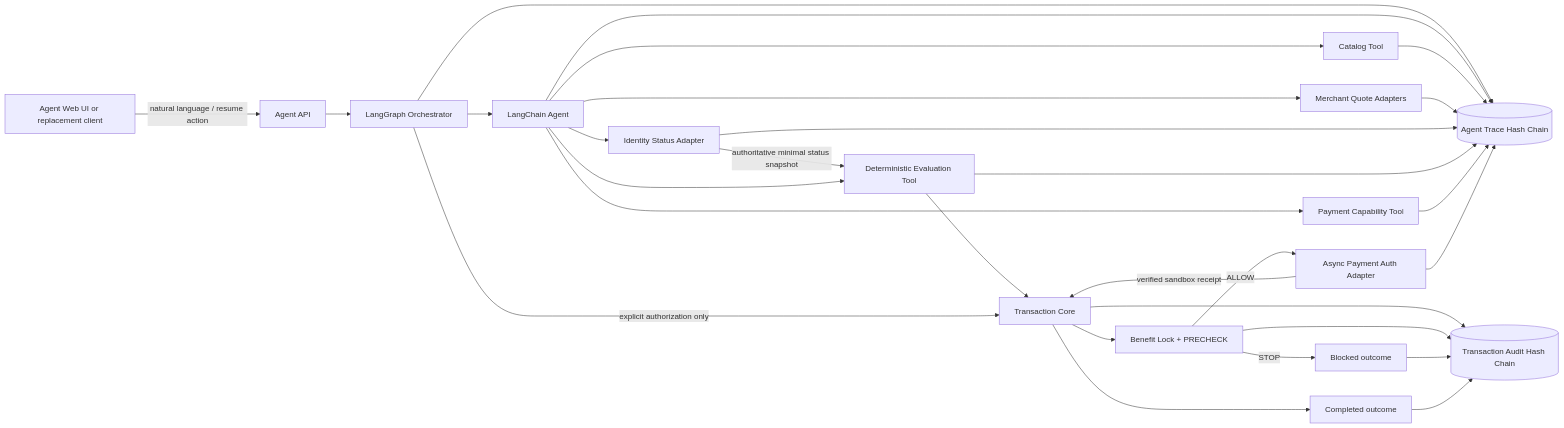
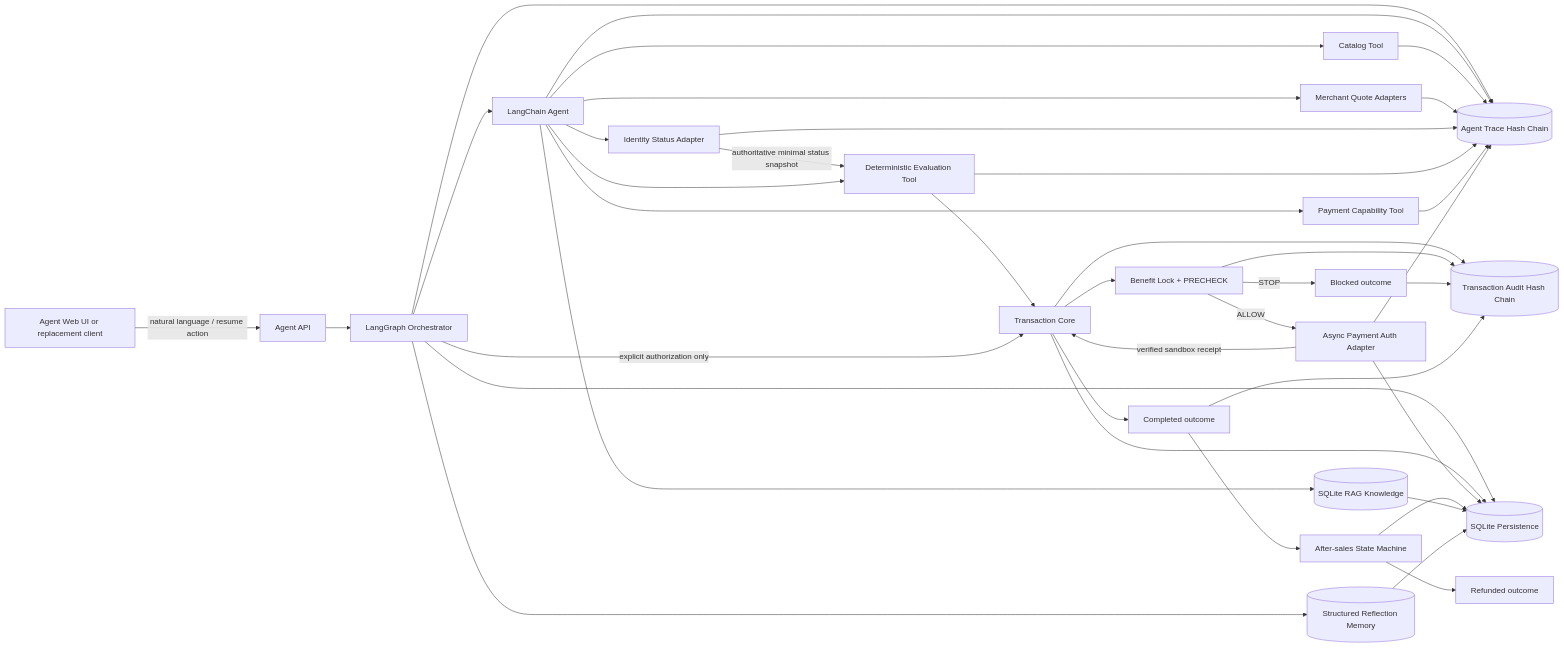
Before and after one commit to Sherlyn-Xia/CampusCart: the diagram in ARCHITECTURE.md, drawn with Mermaid. The commit also changed other lines of this file and 27 other files, not shown here.

Commit message:
feat: add persistent agent knowledge memory and after-sales

````diff
--- a/ARCHITECTURE.md
+++ b/ARCHITECTURE.md
@@ -5,21 +5,26 @@
 ```mermaid
 flowchart LR
   UI[Agent Web UI or replacement client] -->|natural language / resume action| API[Agent API]
   API --> LG[LangGraph Orchestrator]
   LG --> LC[LangChain Agent]
   LC --> CAT[Catalog Tool]
   LC --> MQ[Merchant Quote Adapters]
   LC --> ID[Identity Status Adapter]
   ID -->|authoritative minimal status snapshot| RE
   LC --> RE[Deterministic Evaluation Tool]
   LC --> PM[Payment Capability Tool]
+  LC --> KB[(SQLite RAG Knowledge)]
   RE --> TX[Transaction Core]
   LG -->|explicit authorization only| TX
   TX --> BL[Benefit Lock + PRECHECK]
   BL -->|STOP| STOP[Blocked outcome]
   BL -->|ALLOW| PA[Async Payment Auth Adapter]
   PA -->|verified sandbox receipt| TX
   TX --> DONE[Completed outcome]
+  DONE --> AS[After-sales State Machine]
+  AS --> REF[Refunded outcome]
+  LG --> RM[(Structured Reflection Memory)]
+  LG & TX & PA & AS & KB & RM --> DB[(SQLite Persistence)]
   LG & LC & CAT & MQ & ID & RE & PM & PA --> AT[(Agent Trace Hash Chain)]
   TX & BL & STOP & DONE --> TT[(Transaction Audit Hash Chain)]
 ```
````
